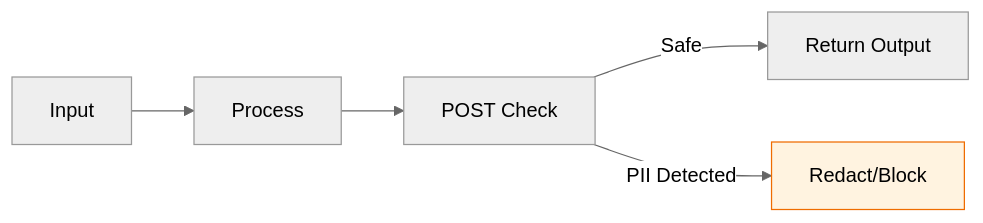
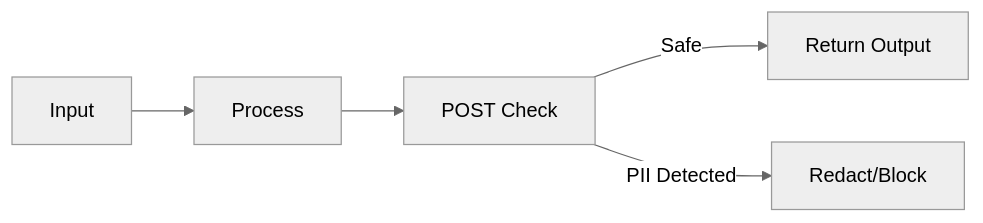
The eighth of 11 diagrams in diagrams/08-protect-decorator-flow.md (agentcontrol/agent-control), drawn with Mermaid (neutral theme) before and after one commit. The commit also changed other lines of this file and 9 other files, not shown here.

````diff
--- a/diagrams/08-protect-decorator-flow.md
+++ b/diagrams/08-protect-decorator-flow.md
@@ -175,9 +156,7 @@
 ```mermaid
 flowchart LR
     input["Input"] --> func["Process"]
     func --> post["POST Check"]
     post -->|Safe| output["Return Output"]
     post -->|PII Detected| redact["Redact/Block"]
-
-    style redact fill:#fff3e0,stroke:#ef6c00
 ```
````
